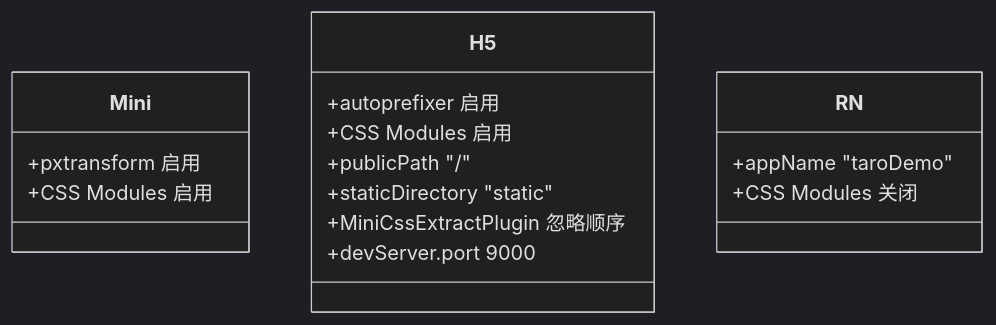
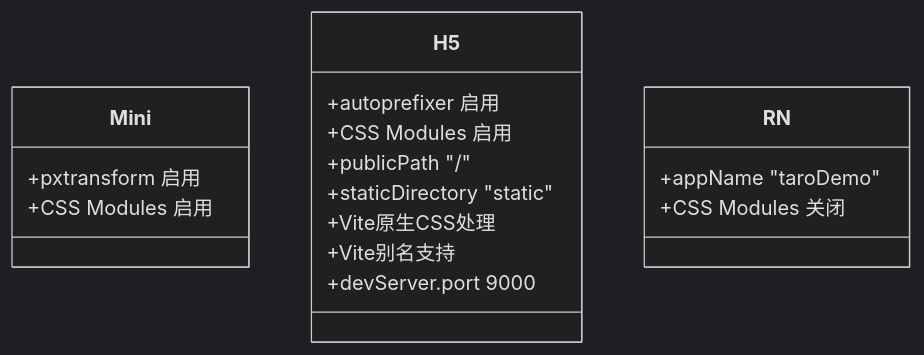
Before and after one commit to zuolinbao/redbook: the ninth of 11 diagrams in .qoder/repowiki/zh/content/架构设计/构建配置系统.md, drawn with Mermaid (dark theme). The commit also changed other lines of this file and 23 other files, not shown here.

````diff
--- a/.qoder/repowiki/zh/content/架构设计/构建配置系统.md
+++ b/.qoder/repowiki/zh/content/架构设计/构建配置系统.md
@@ -251,19 +286,20 @@
 ```mermaid
 classDiagram
 class Mini {
 +pxtransform 启用
 +CSS Modules 启用
 }
 class H5 {
 +autoprefixer 启用
 +CSS Modules 启用
 +publicPath "/"
 +staticDirectory "static"
-+MiniCssExtractPlugin 忽略顺序
++Vite原生CSS处理
++Vite别名支持
 +devServer.port 9000
 }
 class RN {
 +appName "taroDemo"
 +CSS Modules 关闭
 }
 ```
````
